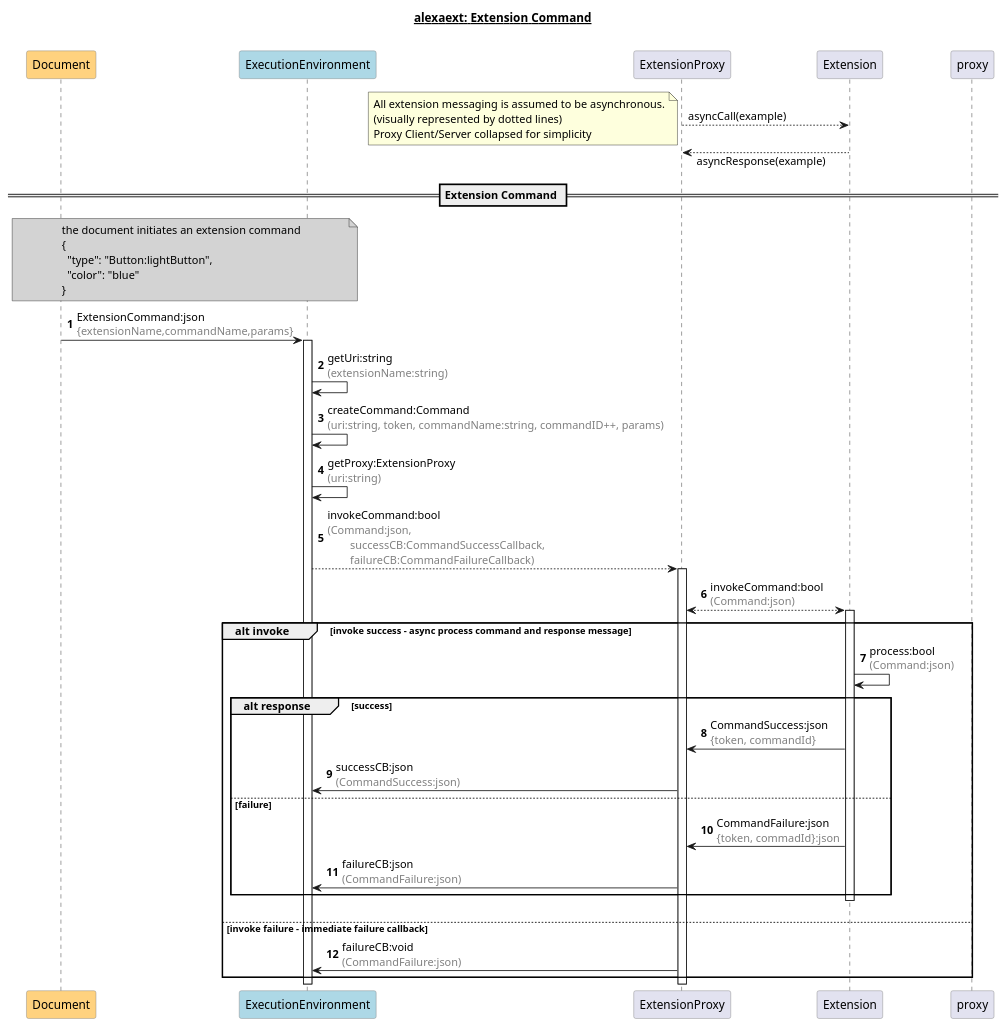
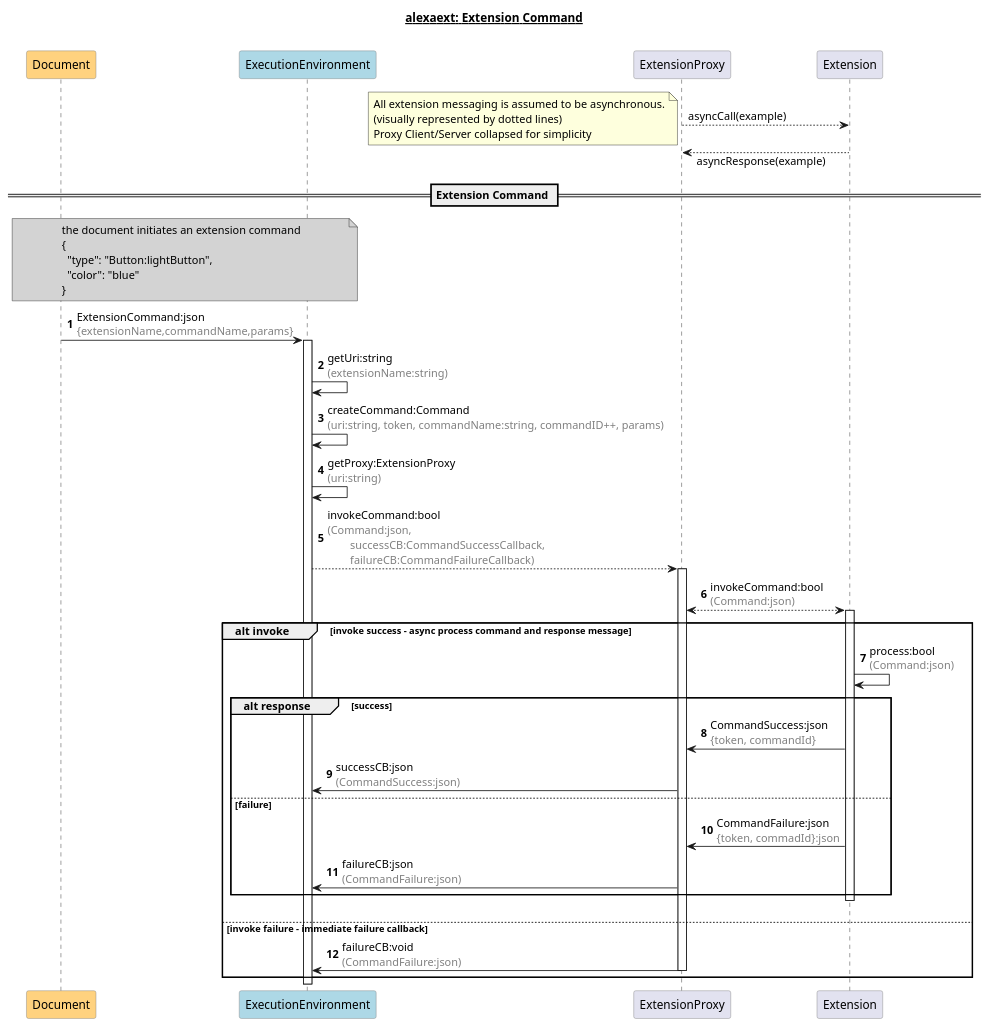
The diagram in extensions/docs/diagrams/src/extensionCommand.pu (alexa/apl-core-library), drawn with PlantUML before and after one commit. The commit also changed 210 other files, not shown here.

```diff
--- a/extensions/docs/diagrams/src/extensionCommand.pu
+++ b/extensions/docs/diagrams/src/extensionCommand.pu
@@ -1,66 +1,66 @@
 @startuml ExtensionCommand
 title
  <u><b>alexaext: Extension Command</b></u>
 
  'blank title line for spacing
 end title
 
 skinparam sequence {
 ParticipantBorderColor #808080
 }
 skinparam responseMessageBelowArrow true
 
 participant Document #FFD27F
 participant "ExecutionEnvironment" as ExeEnv #LightBlue
 participant "ExtensionProxy" as Proxy
 participant Extension
 
 Proxy -->Extension:asyncCall(example)
 note left
 All extension messaging is assumed to be asynchronous.
 (visually represented by dotted lines)
 Proxy Client/Server collapsed for simplicity
 end note
 Proxy <--Extension:asyncResponse(example)
 
 autonumber
 == Extension Command ==
 
 note over Document, ExeEnv #LightGray
   the document initiates an extension command
   {
     "type": "Button:lightButton",
     "color": "blue"
   }
 end note
 Document -> ExeEnv: ExtensionCommand:json \n<font color=gray>{extensionName,commandName,params}
 activate ExeEnv
 ExeEnv -> ExeEnv: getUri:string\n<font color=gray>(extensionName:string)
 ExeEnv -> ExeEnv: createCommand:Command\n<font color=gray>(uri:string, token, commandName:string, commandID++, params)
 ExeEnv -> ExeEnv: getProxy:ExtensionProxy\n<font color=gray>(uri:string)
 ExeEnv --> Proxy:invokeCommand:bool\n<font color=gray>(Command:json, \n\t<font color=gray>successCB:CommandSuccessCallback, \n\t<font color=gray>failureCB:CommandFailureCallback)
 activate Proxy
 
 
 Proxy <--> Extension:invokeCommand:bool\n<font color=gray>(Command:json)
 activate Extension
 group alt invoke [invoke success - async process command and response message]
 Extension -> Extension: process:bool\n<font color=gray>(Command:json)
 group alt response [success]
 Extension -> Proxy: CommandSuccess:json\n<font color=gray>{token, commandId}
 Proxy -> ExeEnv: successCB:json\n<font color=gray>(CommandSuccess:json)
 else failure
 Extension -> Proxy: CommandFailure:json\n<font color=gray>{token, commadId}:json
 Proxy -> ExeEnv: failureCB:json\n<font color=gray>(CommandFailure:json)
 end
 deactivate Extension
 |||
 else invoke failure - immediate failure callback
 ' Extension -> Extension: isValid:bool\n<font color=gray>(Command:json)
 ' Extension --> Proxy: success:bool
 Proxy -> ExeEnv: failureCB:void\n<font color=gray>(CommandFailure:json)
-deactivate proxy
+deactivate Proxy
 end
 
 
 @enduml
```
